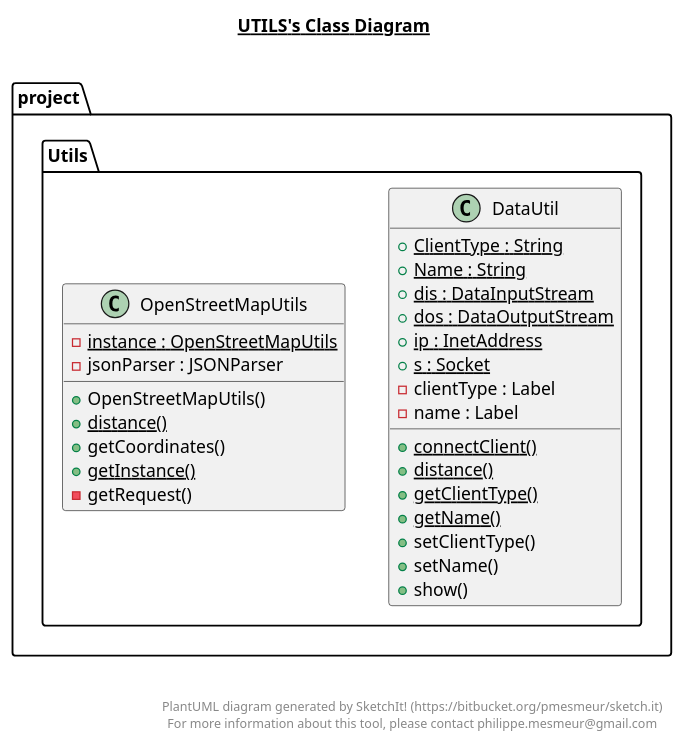
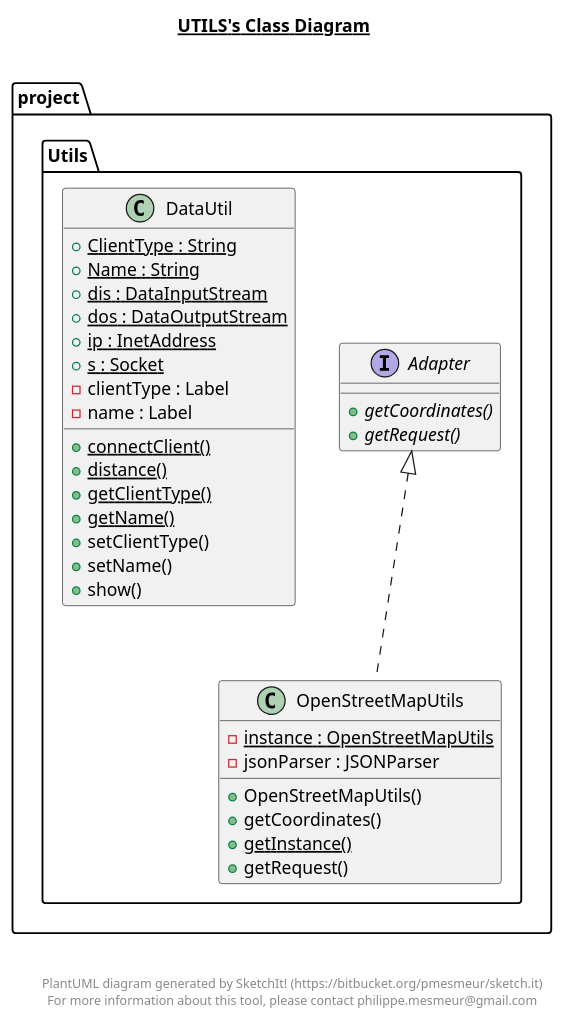
The diagram in src/project/Utils/Utils.plantuml (kplusa/Firma-Transportowa), drawn with PlantUML before and after one commit. The commit also changed 51 other files, not shown here.

```diff
--- a/src/project/Utils/Utils.plantuml
+++ b/src/project/Utils/Utils.plantuml
@@ -1,52 +1,62 @@
 @startuml
 
 title __UTILS's Class Diagram__\n
+
+  namespace project {
+    namespace Utils {
+      interface project.Utils.Adapter {
+          {abstract} + getCoordinates()
+          {abstract} + getRequest()
+      }
+    }
+  }
+  
 
   namespace project {
     namespace Utils {
       class project.Utils.DataUtil {
           {static} + ClientType : String
           {static} + Name : String
           {static} + dis : DataInputStream
           {static} + dos : DataOutputStream
           {static} + ip : InetAddress
           {static} + s : Socket
           - clientType : Label
           - name : Label
           {static} + connectClient()
           {static} + distance()
           {static} + getClientType()
           {static} + getName()
           + setClientType()
           + setName()
           + show()
       }
     }
   }
   
 
   namespace project {
     namespace Utils {
       class project.Utils.OpenStreetMapUtils {
           {static} - instance : OpenStreetMapUtils
           - jsonParser : JSONParser
           + OpenStreetMapUtils()
-          {static} + distance()
           + getCoordinates()
           {static} + getInstance()
-          - getRequest()
+          + getRequest()
       }
     }
   }
   
 
+  project.Utils.OpenStreetMapUtils .up.|> project.Utils.Adapter
 
 
 right footer
 
 
 PlantUML diagram generated by SketchIt! (https://bitbucket.org/pmesmeur/sketch.it)
 For more information about this tool, please contact philippe.mesmeur@gmail.com
 endfooter
 
 @enduml
```
